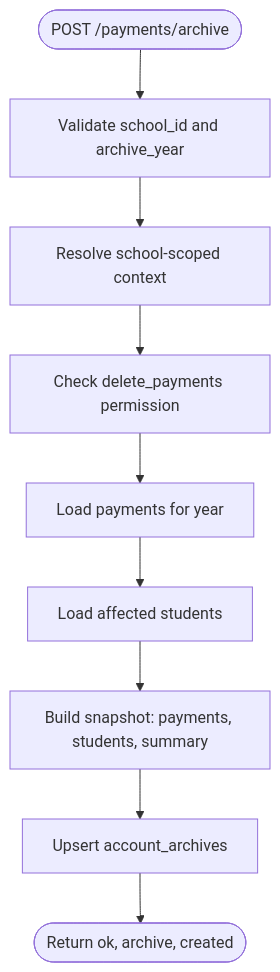
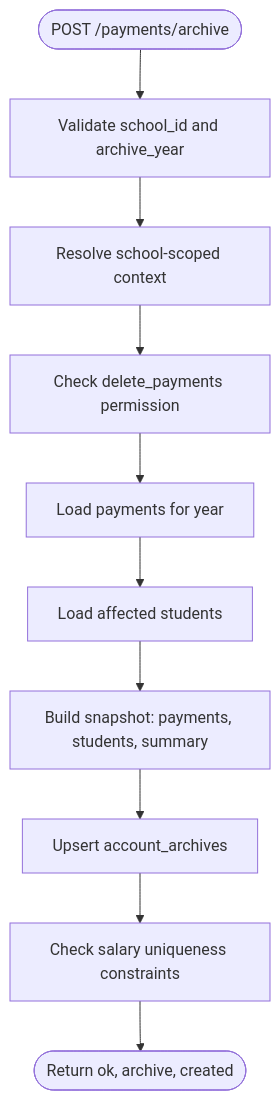
Before and after one commit to mustafaalkusaj/appschoolmustafa2002: the fifth of 7 diagrams in .qoder/repowiki/en/content/API Reference/Financial Operations API.md, drawn with Mermaid. The commit also changed other lines of this file and 32884 other files, not shown here.

````diff
--- a/.qoder/repowiki/en/content/API Reference/Financial Operations API.md
+++ b/.qoder/repowiki/en/content/API Reference/Financial Operations API.md
@@ -271,11 +342,12 @@
 ```mermaid
 flowchart TD
 Start(["POST /payments/archive"]) --> Validate["Validate school_id and archive_year"]
 Validate --> Context["Resolve school-scoped context"]
 Context --> Perm["Check delete_payments permission"]
 Perm --> LoadPayments["Load payments for year"]
 LoadPayments --> LoadStudents["Load affected students"]
 LoadStudents --> BuildSnapshot["Build snapshot: payments, students, summary"]
 BuildSnapshot --> Upsert["Upsert account_archives"]
-Upsert --> Done(["Return ok, archive, created"])
+Upsert --> UniqueCheck["Check salary uniqueness constraints"]
+UniqueCheck --> Done(["Return ok, archive, created"])
 ```
````
